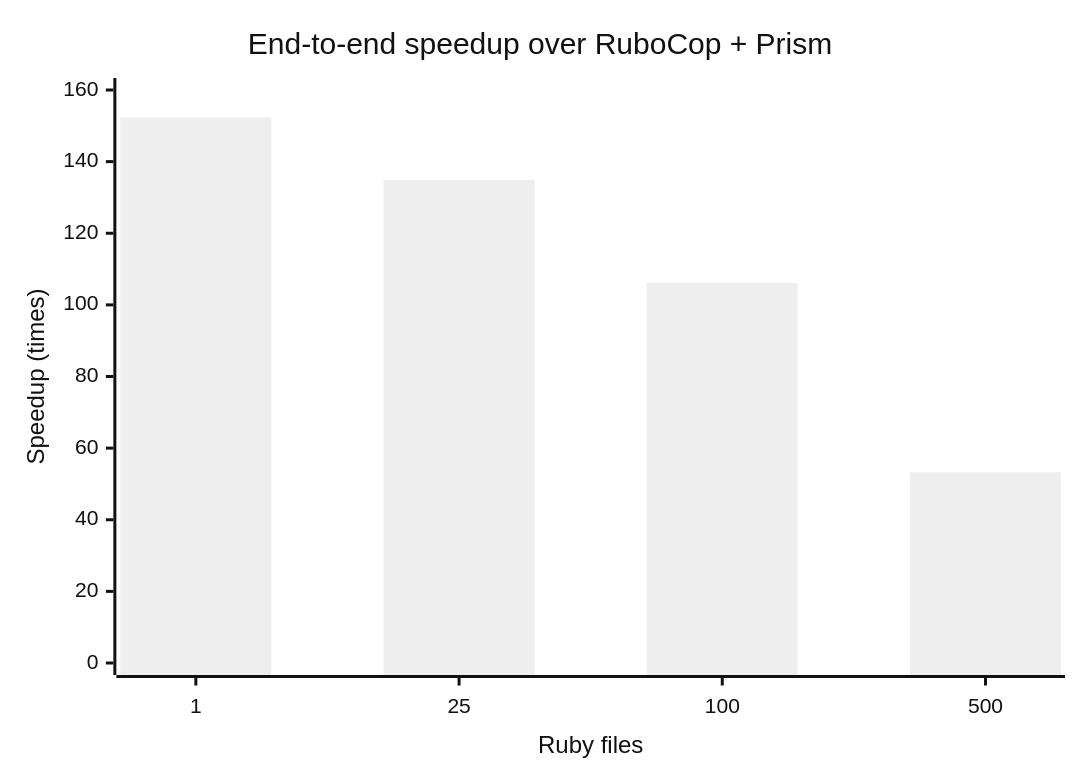
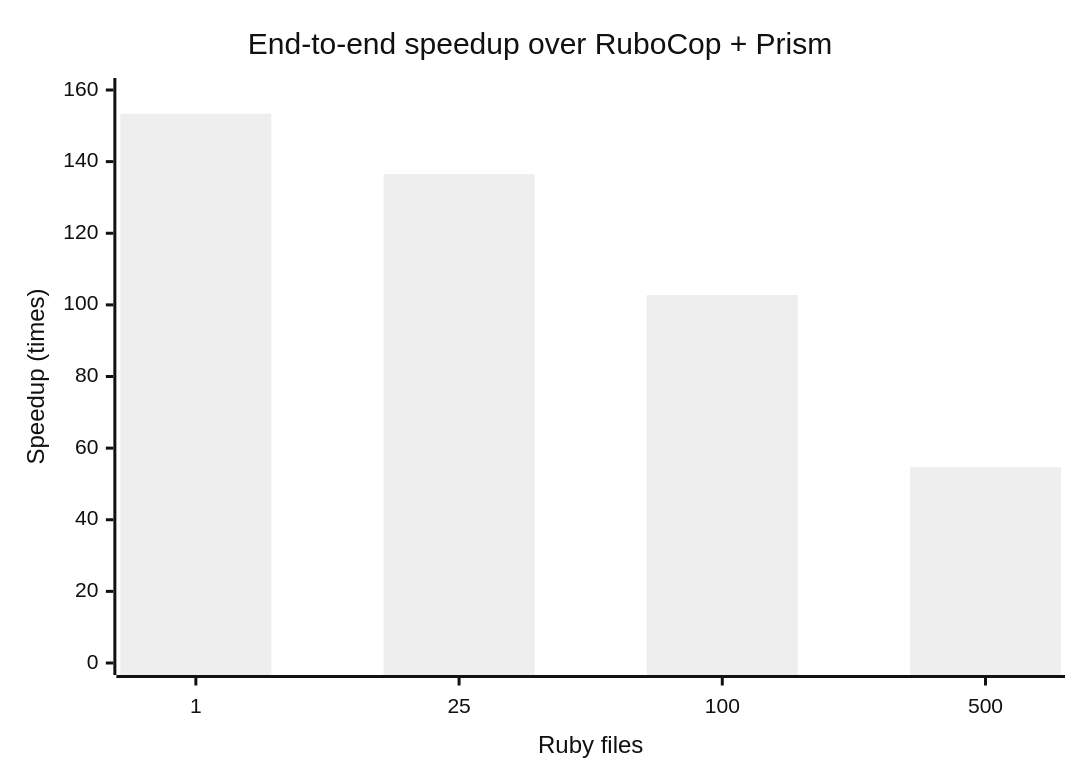
Before and after one commit to myxoh/rustocop: the diagram in docs/performance.md, drawn with Mermaid (neutral theme). The commit also changed other lines of this file and 82 other files, not shown here.

Commit message:
Reorganize architecture and add fixture coverage

````diff
--- a/docs/performance.md
+++ b/docs/performance.md
@@ -118,7 +110,7 @@
 ```mermaid
 xychart-beta
     title "End-to-end speedup over RuboCop + Prism"
     x-axis "Ruby files" [1, 25, 100, 500]
     y-axis "Speedup (times)" 0 --> 160
-    bar [152.35, 134.86, 106.14, 53.27]
+    bar [153.38, 136.53, 102.78, 54.64]
 ```
````
